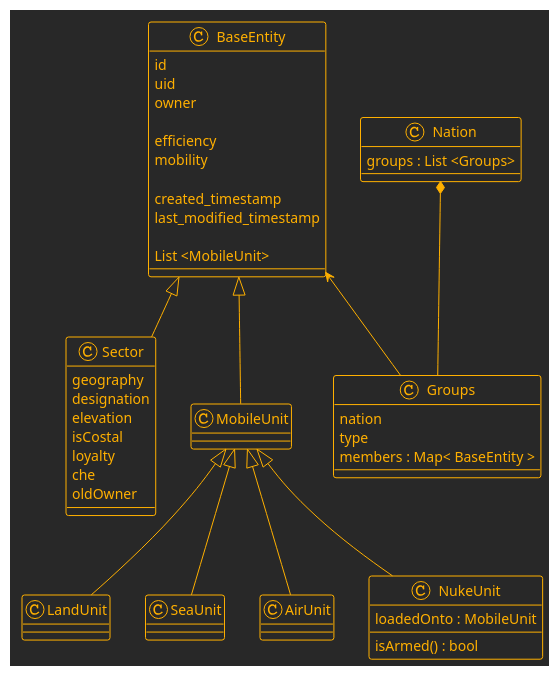
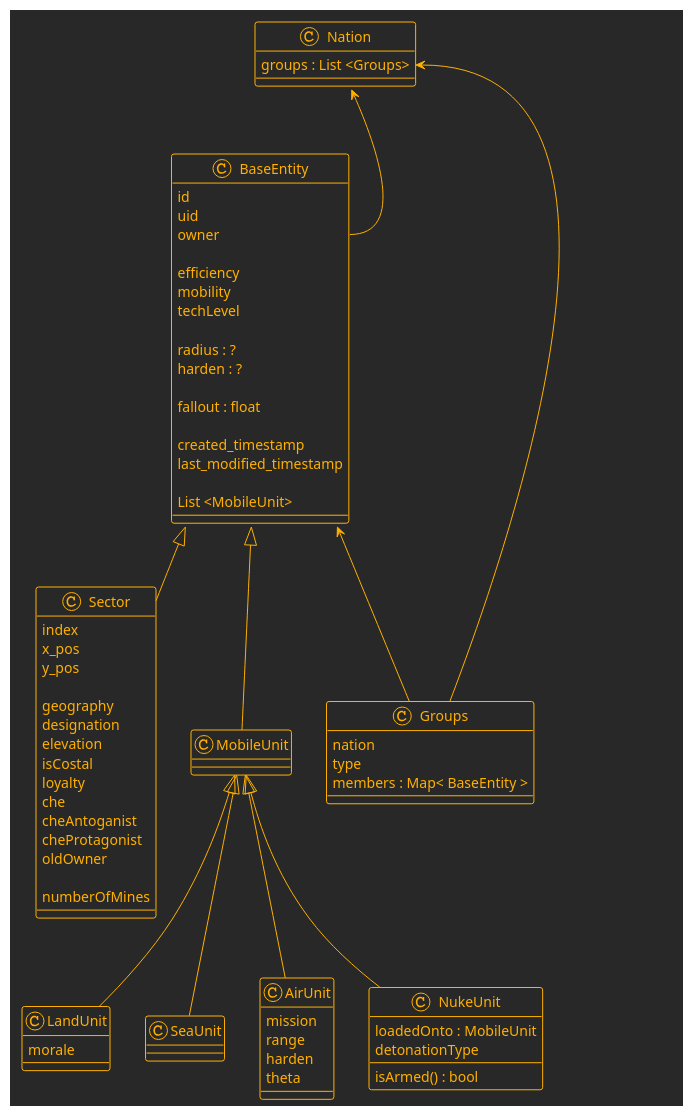
One commit to marknelsonengineer/empire changed the eighth of 11 diagrams in API_DESIGN.md. Above: the diagram before and after it, drawn with PlantUML. The commit also changed other lines of this file and 5 other files, not shown here.

```diff
--- a/API_DESIGN.md
+++ b/API_DESIGN.md
@@ -339,6 +432,12 @@
 
 efficiency
 mobility
+techLevel
+
+radius : ?
+harden : ?
+
+fallout : float
 
 created_timestamp
 last_modified_timestamp
@@ -347,23 +446,41 @@
 }
 
 class Sector {
+  index
+  x_pos
+  y_pos
+
   geography
   designation
   elevation
   isCostal
   loyalty
   che
+  cheAntoganist
+  cheProtagonist
   oldOwner
+
+  numberOfMines
 }
 
 class MobileUnit {
 }
 
-class LandUnit
+class LandUnit {
+  morale
+}
+
 class SeaUnit
-class AirUnit
+class AirUnit {
+  mission
+  range
+  harden
+  theta
+}
+
 class NukeUnit {
   loadedOnto : MobileUnit
+  detonationType
 
   isArmed() : bool
 }
@@ -386,7 +503,8 @@
   members : Map< BaseEntity >
 }
 
-Nation *-- Groups
+Nation::groups <-- Groups
 BaseEntity <-- Groups
+Nation <-- BaseEntity::owner
 
 @enduml
```
